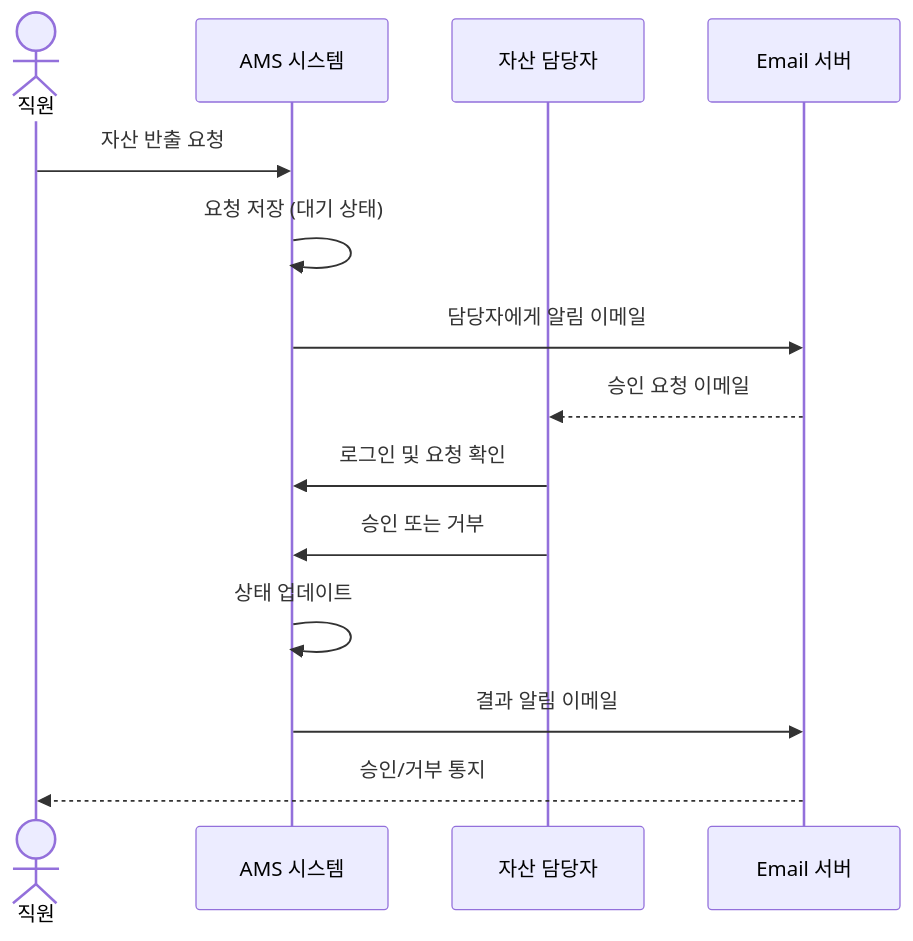
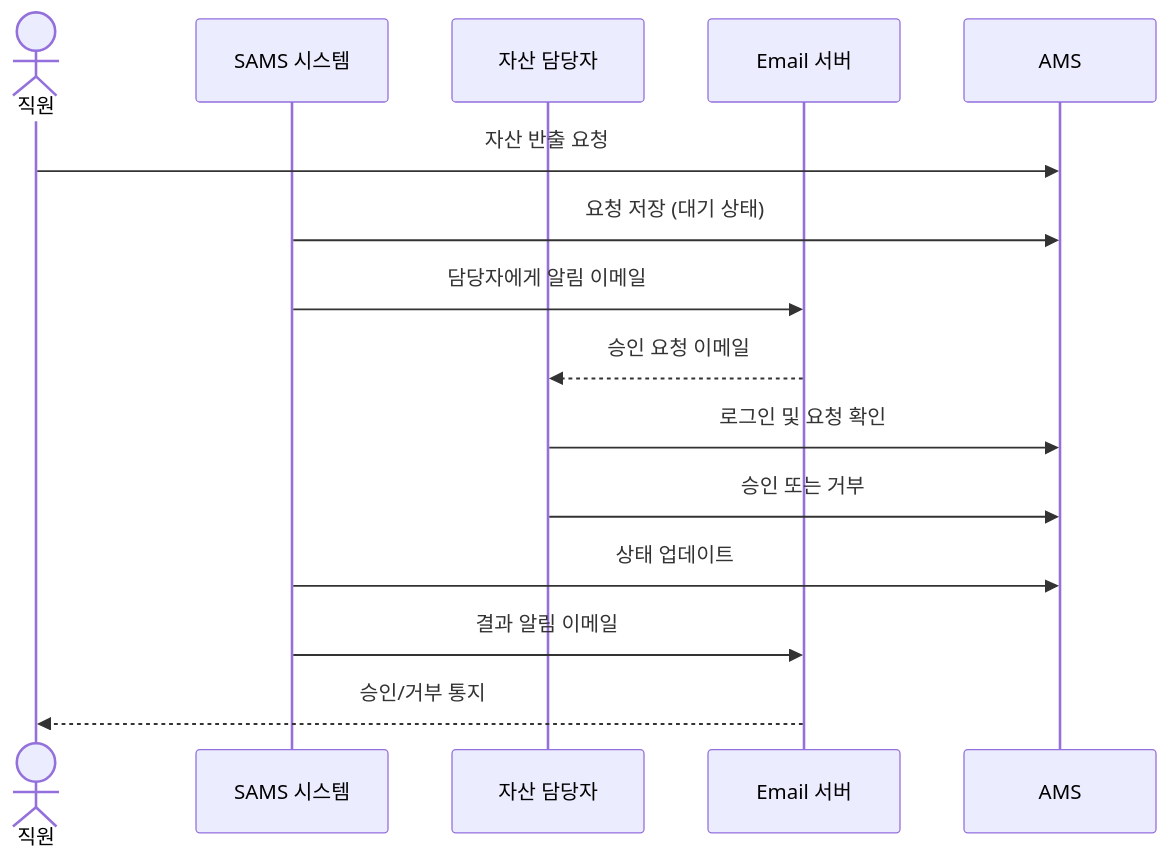
The third of 5 diagrams in docs/architecture/01-system-context.md (SuresoftTechnologies/sams), drawn with Mermaid before and after one commit. The commit also changed other lines of this file and 53 other files, not shown here.

Commit message:
chore: ams-> sams

````diff
--- a/docs/architecture/01-system-context.md
+++ b/docs/architecture/01-system-context.md
@@ -160,18 +160,18 @@
 ```mermaid
 sequenceDiagram
     actor Employee as 직원
-    participant AMS as AMS 시스템
+    participant SAMS as SAMS 시스템
     participant Manager as 자산 담당자
     participant Email as Email 서버
 
     Employee->>AMS: 자산 반출 요청
-    AMS->>AMS: 요청 저장 (대기 상태)
-    AMS->>Email: 담당자에게 알림 이메일
+    SAMS->>AMS: 요청 저장 (대기 상태)
+    SAMS->>Email: 담당자에게 알림 이메일
     Email-->>Manager: 승인 요청 이메일
 
     Manager->>AMS: 로그인 및 요청 확인
     Manager->>AMS: 승인 또는 거부
-    AMS->>AMS: 상태 업데이트
-    AMS->>Email: 결과 알림 이메일
+    SAMS->>AMS: 상태 업데이트
+    SAMS->>Email: 결과 알림 이메일
     Email-->>Employee: 승인/거부 통지
 ```
````
